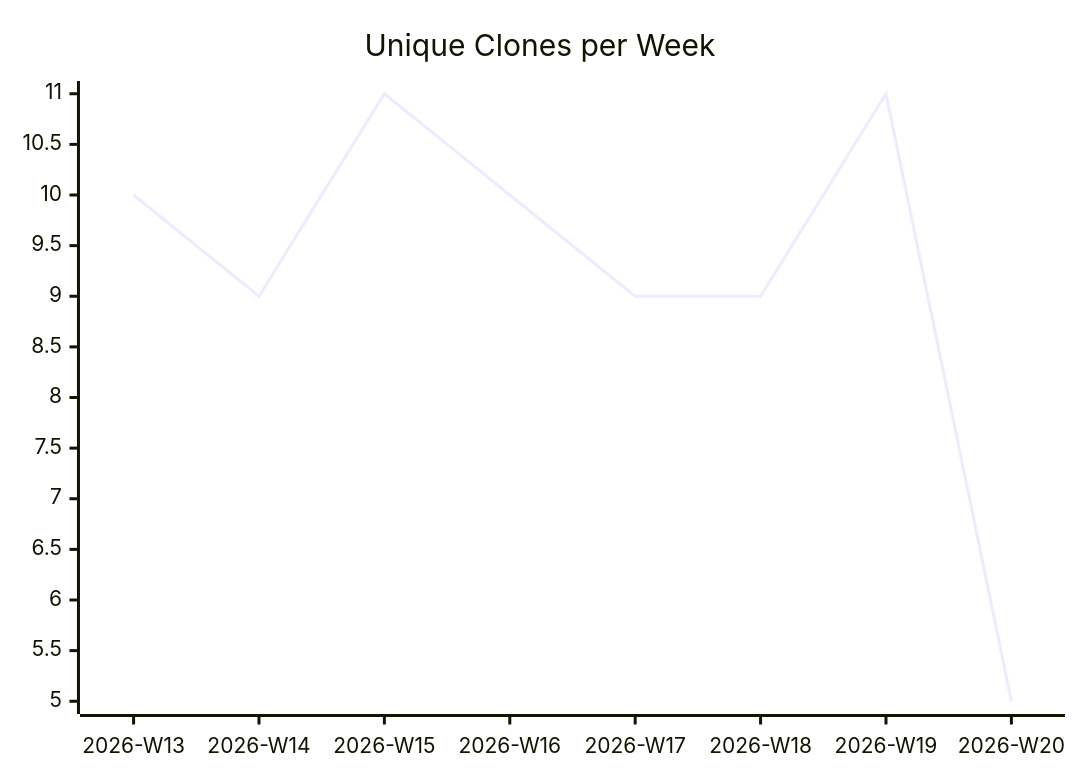
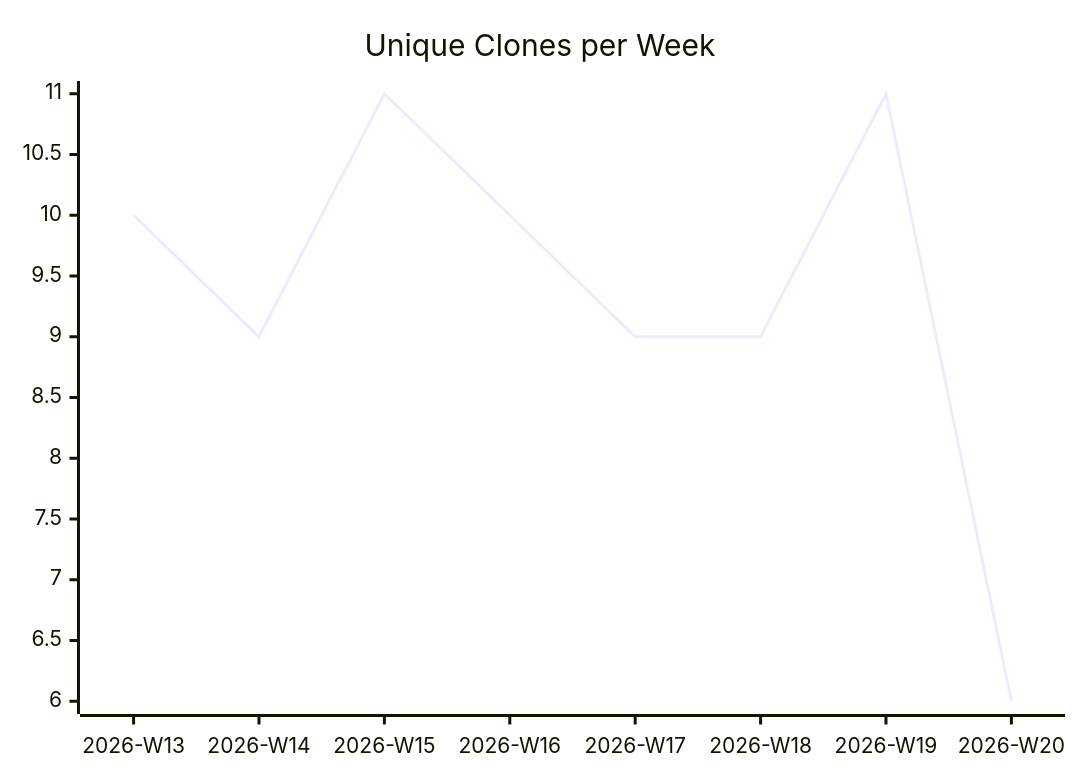
The third of 3 diagrams in karlmdavis/usgs-water-api-java/README.md (justdavis-family/github-analytics-data), drawn with Mermaid before and after one commit. The commit also changed other lines of this file and 176 other files, not shown here.

````diff
--- a/karlmdavis/usgs-water-api-java/README.md
+++ b/karlmdavis/usgs-water-api-java/README.md
@@ -19,6 +19,6 @@
 ```mermaid
 xychart-beta
   title "Unique Clones per Week"
   x-axis ["2026-W13", "2026-W14", "2026-W15", "2026-W16", "2026-W17", "2026-W18", "2026-W19", "2026-W20"]
-  line [10, 9, 11, 10, 9, 9, 11, 5]
+  line [10, 9, 11, 10, 9, 9, 11, 6]
 ```
````
